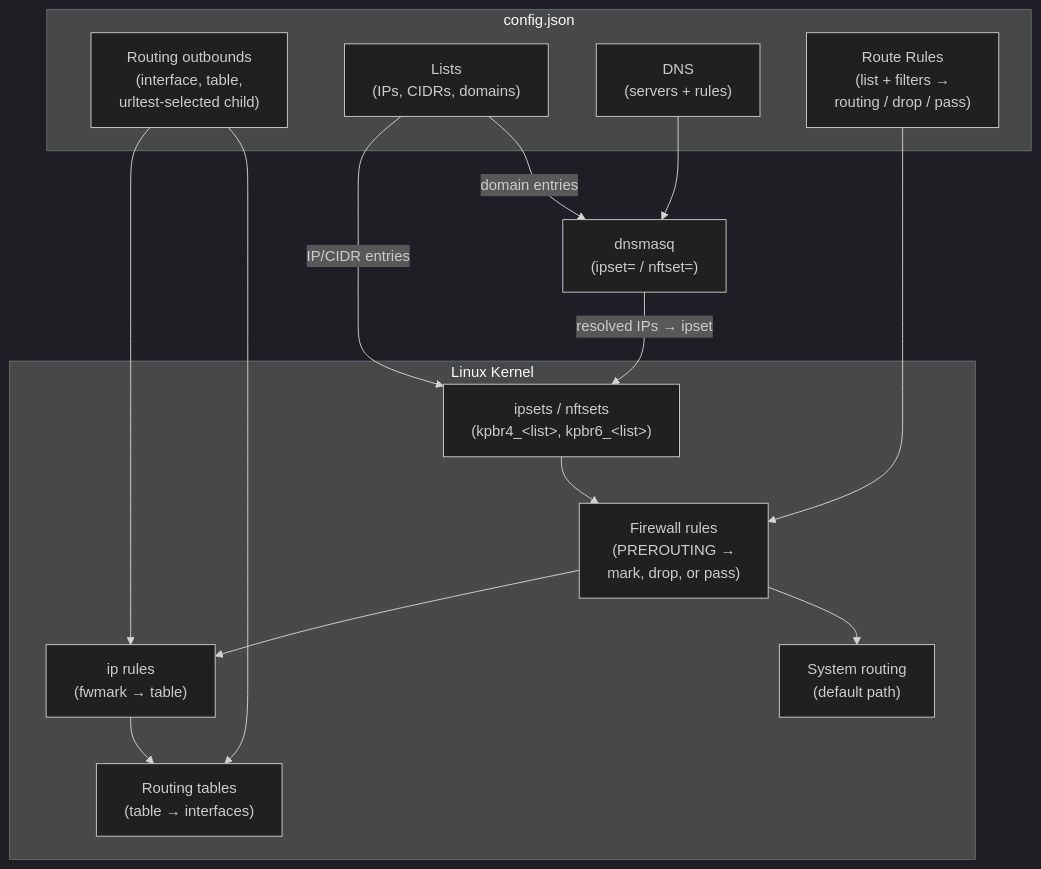
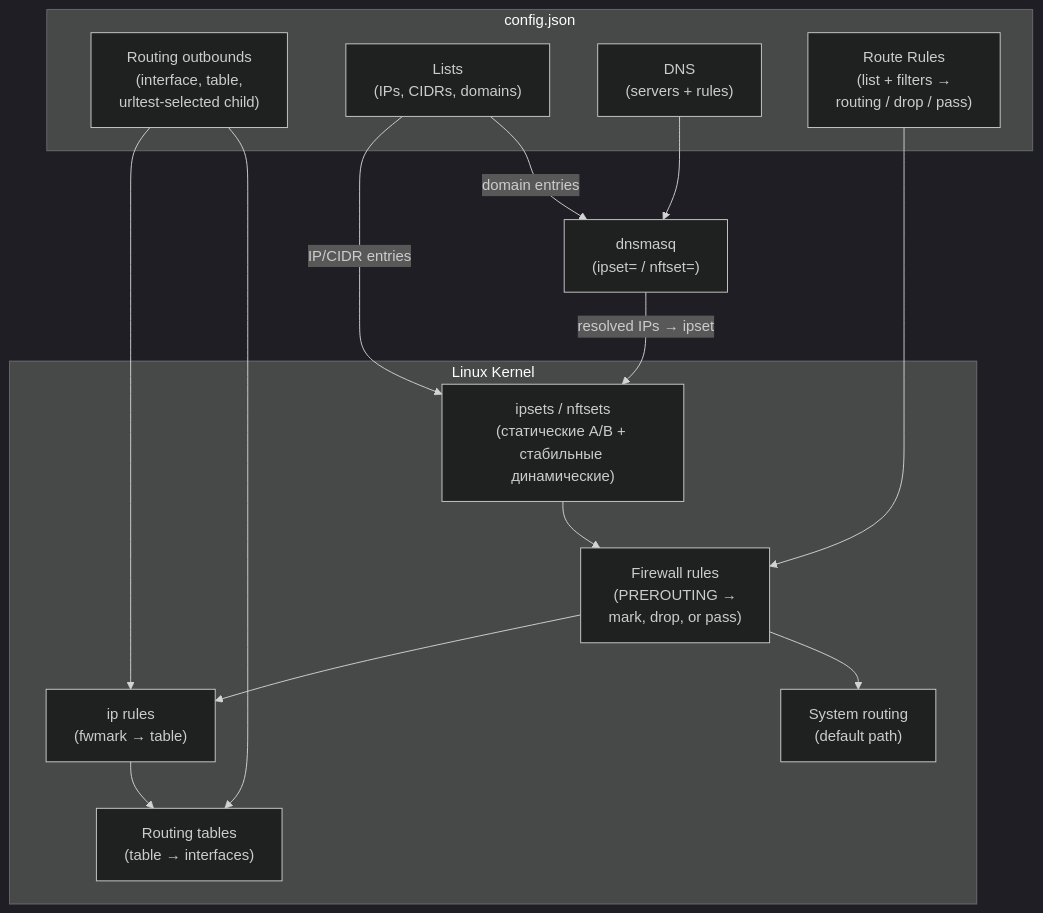
Before and after one commit to maksimkurb/keen-pbr: the first of 3 diagrams in docs/content/docs/concepts.ru.md, drawn with Mermaid (dark theme). The commit also changed other lines of this file and 28 other files, not shown here.

````diff
--- a/docs/content/docs/concepts.ru.md
+++ b/docs/content/docs/concepts.ru.md
@@ -83,31 +83,31 @@
 ```mermaid
 flowchart TD
     subgraph Config["config.json"]
         RoutingOutbounds["Routing outbounds\n(interface, table,\nurltest-selected child)"]
         Lists["Lists\n(IPs, CIDRs, domains)"]
         DNS["DNS\n(servers + rules)"]
         RouteRules["Route Rules\n(list + filters →\nrouting / drop / pass)"]
     end
 
     subgraph Kernel["Linux Kernel"]
-        Ipsets["ipsets / nftsets\n(kpbr4_&lt;list&gt;, kpbr6_&lt;list&gt;)"]
+        Ipsets["ipsets / nftsets\n(статические A/B + стабильные динамические)"]
         FwmarkRules["Firewall rules\n(PREROUTING →\nmark, drop, or pass)"]
         IpRules["ip rules\n(fwmark → table)"]
         RoutingTables["Routing tables\n(table → interfaces)"]
         SystemRouting["System routing\n(default path)"]
     end
 
     Dnsmasq["dnsmasq\n(ipset= / nftset=)"]
 
     Lists -->|"IP/CIDR entries"| Ipsets
     Lists -->|"domain entries"| Dnsmasq
     DNS --> Dnsmasq
     Ipsets --> FwmarkRules
     RouteRules --> FwmarkRules
     RoutingOutbounds --> IpRules
     RoutingOutbounds --> RoutingTables
     FwmarkRules --> IpRules
     FwmarkRules --> SystemRouting
     IpRules --> RoutingTables
     Dnsmasq -->|"resolved IPs → ipset"| Ipsets
 ```
````
